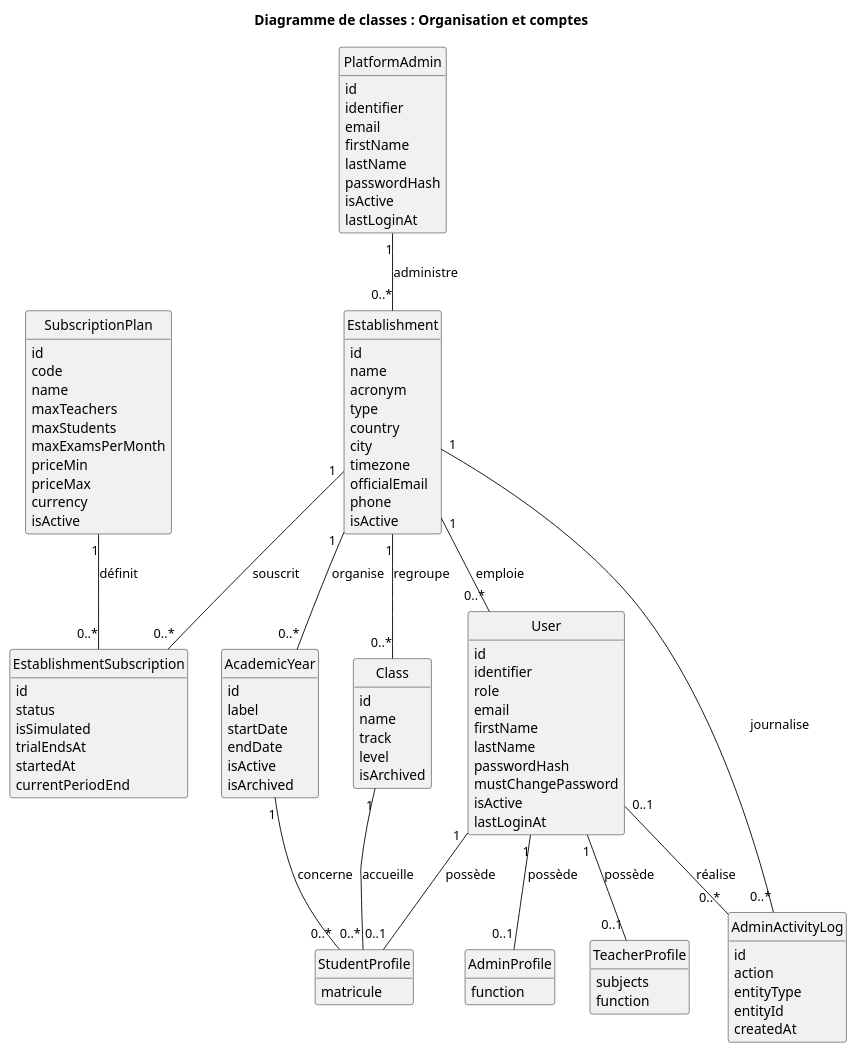
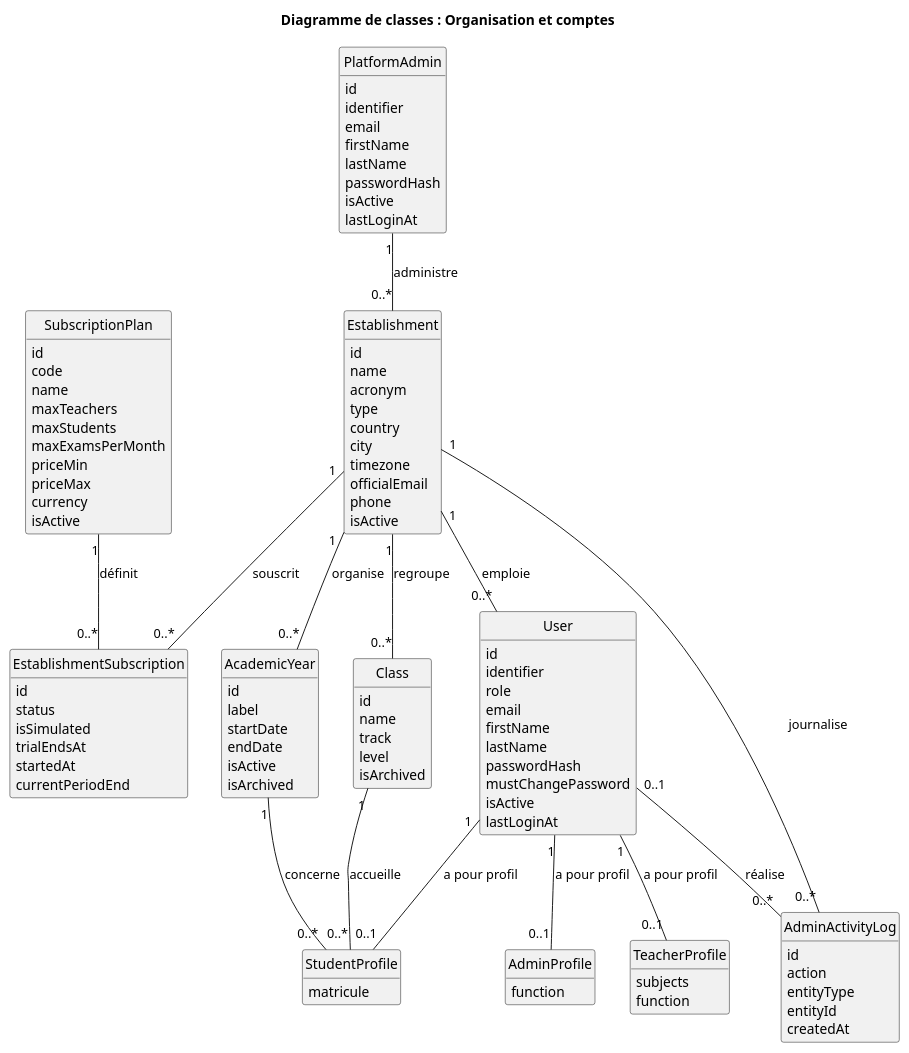
Before and after one commit to progirix/cylentic: the diagram in docs/diagrammes/05a_classes_organisation.puml, drawn with PlantUML.

Commit message:
Remplace possède par a pour profil sur les profils utilisateur

```diff
--- a/docs/diagrammes/05a_classes_organisation.puml
+++ b/docs/diagrammes/05a_classes_organisation.puml
@@ -1,120 +1,120 @@
 @startuml
 skinparam shadowing false
 skinparam classAttributeIconSize 0
 hide empty methods
 hide circle
 
 title Diagramme de classes : Organisation et comptes
 
 class PlatformAdmin {
   id
   identifier
   email
   firstName
   lastName
   passwordHash
   isActive
   lastLoginAt
 }
 
 class SubscriptionPlan {
   id
   code
   name
   maxTeachers
   maxStudents
   maxExamsPerMonth
   priceMin
   priceMax
   currency
   isActive
 }
 
 class Establishment {
   id
   name
   acronym
   type
   country
   city
   timezone
   officialEmail
   phone
   isActive
 }
 
 class EstablishmentSubscription {
   id
   status
   isSimulated
   trialEndsAt
   startedAt
   currentPeriodEnd
 }
 
 class AcademicYear {
   id
   label
   startDate
   endDate
   isActive
   isArchived
 }
 
 class Class {
   id
   name
   track
   level
   isArchived
 }
 
 class User {
   id
   identifier
   role
   email
   firstName
   lastName
   passwordHash
   mustChangePassword
   isActive
   lastLoginAt
 }
 
 class AdminProfile {
   function
 }
 
 class TeacherProfile {
   subjects
   function
 }
 
 class StudentProfile {
   matricule
 }
 
 class AdminActivityLog {
   id
   action
   entityType
   entityId
   createdAt
 }
 
 PlatformAdmin "1" -- "0..*" Establishment : "administre"
 SubscriptionPlan "1" -- "0..*" EstablishmentSubscription : "définit"
 Establishment "1" -- "0..*" EstablishmentSubscription : "souscrit"
 Establishment "1" -- "0..*" AcademicYear : "organise"
 Establishment "1" -- "0..*" Class : "regroupe"
 Establishment "1" -- "0..*" User : "emploie"
 Establishment "1" -- "0..*" AdminActivityLog : "journalise"
-User "1" -- "0..1" AdminProfile : "possède"
-User "1" -- "0..1" TeacherProfile : "possède"
-User "1" -- "0..1" StudentProfile : "possède"
+User "1" -- "0..1" AdminProfile : "a pour profil"
+User "1" -- "0..1" TeacherProfile : "a pour profil"
+User "1" -- "0..1" StudentProfile : "a pour profil"
 User "0..1" -- "0..*" AdminActivityLog : "réalise"
 Class "1" -- "0..*" StudentProfile : "accueille"
 AcademicYear "1" -- "0..*" StudentProfile : "concerne"
 
 @enduml
```
